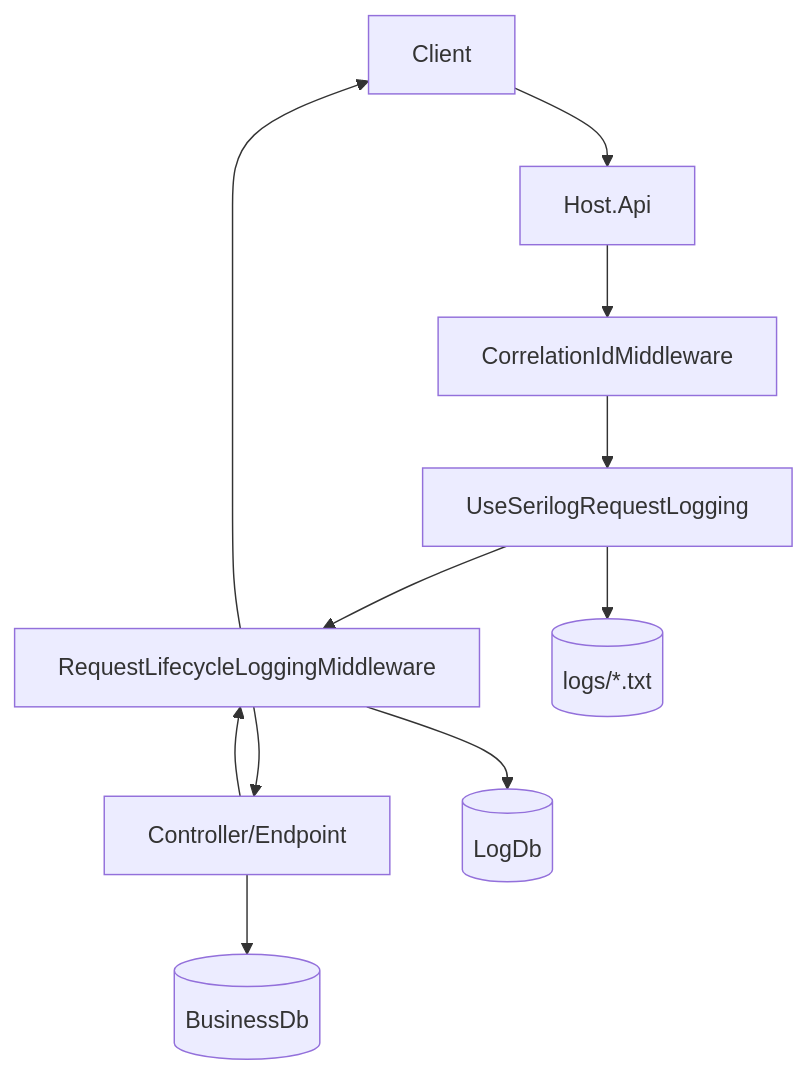
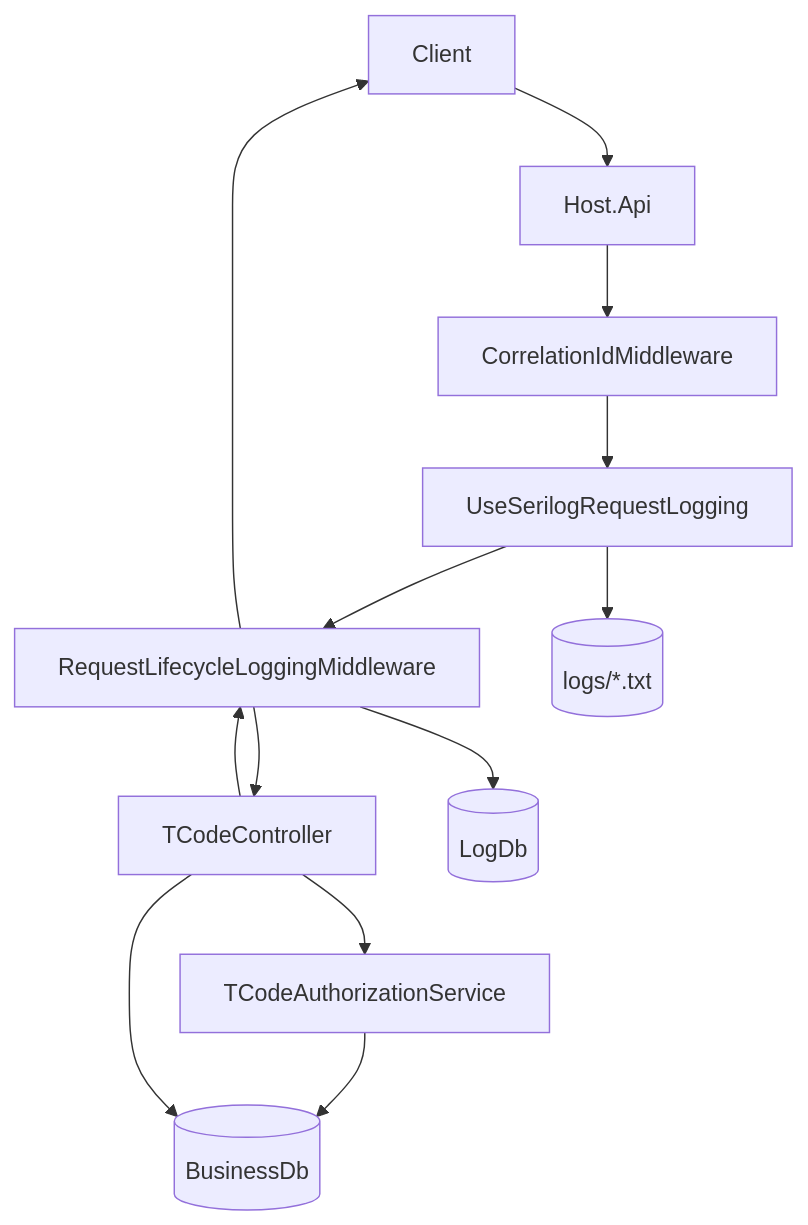
Before and after one commit to mithatcan55/ENTERPRISESYSTEM: the diagram in docs/architecture/request-log-flow.mmd, drawn with Mermaid. The commit also changed 8 other files, not shown here.

Commit message:
feat: add tcode authorization endpoint and sync architecture flows

```diff
--- a/docs/architecture/request-log-flow.mmd
+++ b/docs/architecture/request-log-flow.mmd
@@ -1,21 +1,24 @@
 flowchart TD
     Client[Client]
     Api[Host.Api]
     Corr[CorrelationIdMiddleware]
     SerilogReq[UseSerilogRequestLogging]
     ReqLife[RequestLifecycleLoggingMiddleware]
-    Controller[Controller/Endpoint]
+    Controller[TCodeController]
+    Authz[TCodeAuthorizationService]
     BusinessDb[(BusinessDb)]
     LogDb[(LogDb)]
     FileLog[(logs/*.txt)]
 
     Client --> Api
     Api --> Corr
     Corr --> SerilogReq
     SerilogReq --> ReqLife
     ReqLife --> Controller
+    Controller --> Authz
+    Authz --> BusinessDb
     Controller --> BusinessDb
     ReqLife --> LogDb
     SerilogReq --> FileLog
     Controller --> ReqLife
     ReqLife --> Client
```
